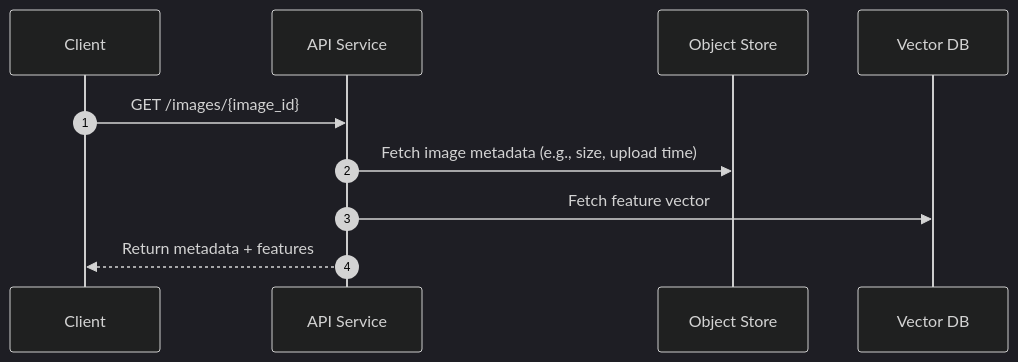
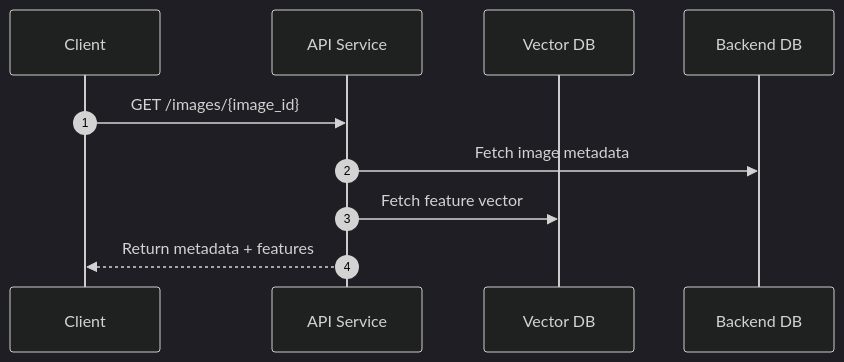
Before and after one commit to Nullpoint56/SmartImageAlbum: the diagram in docs/sources/use_cases/retrieve_image_data/sequence.mmd, drawn with Mermaid (dark theme). The commit also changed 5 other files, not shown here.

Commit message:
docs: update diagrams

```diff
--- a/docs/sources/use_cases/retrieve_image_data/sequence.mmd
+++ b/docs/sources/use_cases/retrieve_image_data/sequence.mmd
@@ -1,11 +1,11 @@
 sequenceDiagram
   autonumber
   participant Client
   participant API as API Service
-  participant OBJ as Object Store
   participant VECTOR as Vector DB
+  participant DB as Backend DB
 
   Client->>API: GET /images/{image_id}
-  API->>OBJ: Fetch image metadata (e.g., size, upload time)
+  API->>DB: Fetch image metadata
   API->>VECTOR: Fetch feature vector
   API-->>Client: Return metadata + features
```
